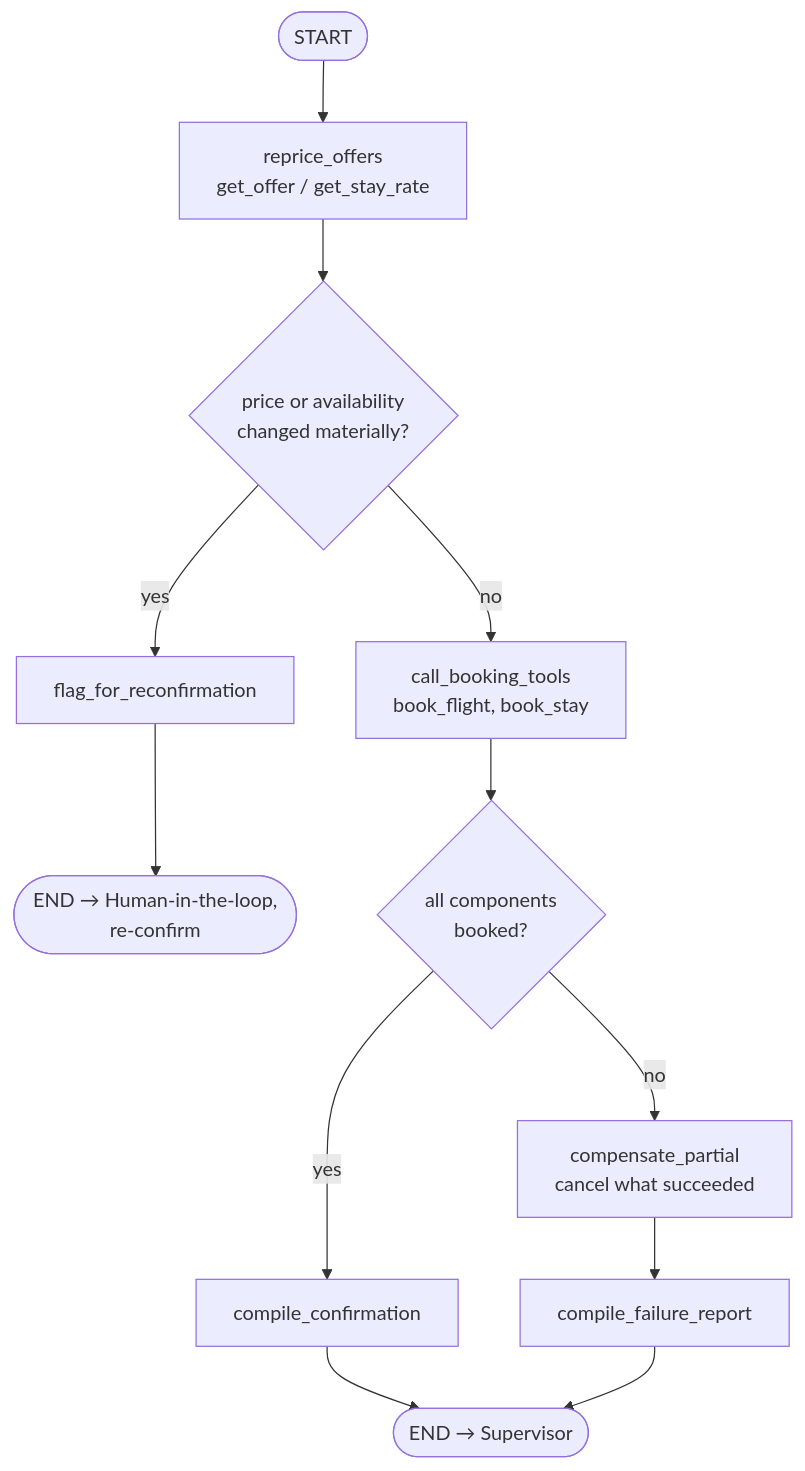
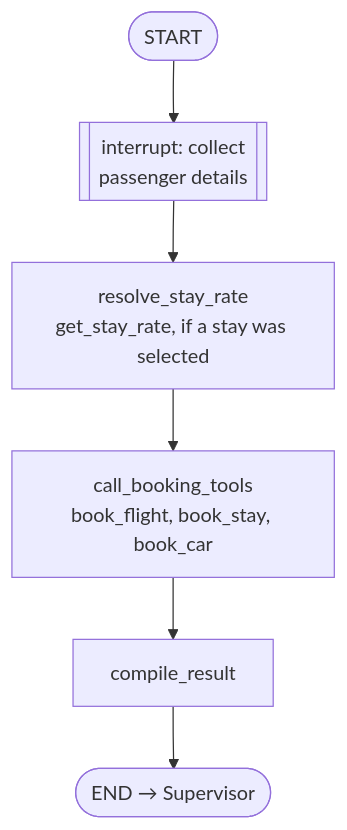
One commit to Minal18/ai-trip-planner-chatbot changed the ninth of 9 diagrams in docs/architecture.md. Above: the diagram before and after it, drawn with Mermaid. The commit also changed other lines of this file, not shown here.

Commit message:
Update §7.6 Booker diagram to match what was actually built — reprice and compensate removed after finding them unnecessary, with reasoning documented

````diff
--- a/docs/architecture.md
+++ b/docs/architecture.md
@@ -322,14 +322,8 @@
 ```mermaid
 graph TD
-    Start([START]) --> Reprice[reprice_offers<br/>get_offer / get_stay_rate]
-    Reprice --> Changed{price or availability<br/>changed materially?}
-    Changed -->|yes| Reconfirm[flag_for_reconfirmation]
-    Changed -->|no| Book[call_booking_tools<br/>book_flight, book_stay]
-    Reconfirm --> End8([END → Human-in-the-loop,<br/>re-confirm])
-    Book --> Success{all components<br/>booked?}
-    Success -->|no| Compensate[compensate_partial<br/>cancel what succeeded]
-    Success -->|yes| Confirm[compile_confirmation]
-    Compensate --> Report[compile_failure_report]
+    Start([START]) --> Passenger[[interrupt: collect<br/>passenger details]]
+    Passenger --> Resolve[resolve_stay_rate<br/>get_stay_rate, if a stay was selected]
+    Resolve --> Book[call_booking_tools<br/>book_flight, book_stay, book_car]
+    Book --> Confirm[compile_result]
     Confirm --> End9([END → Supervisor])
-    Report --> End9
 ```
````
